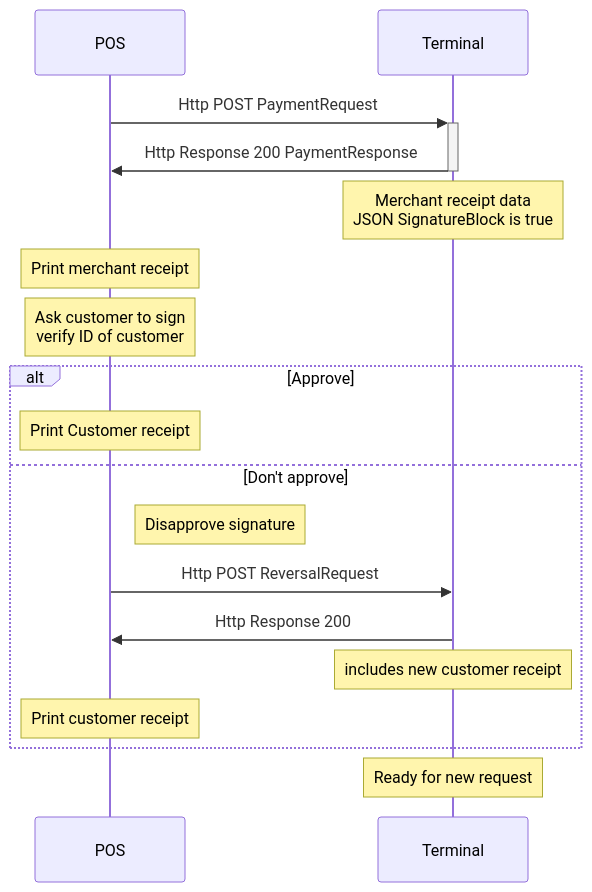
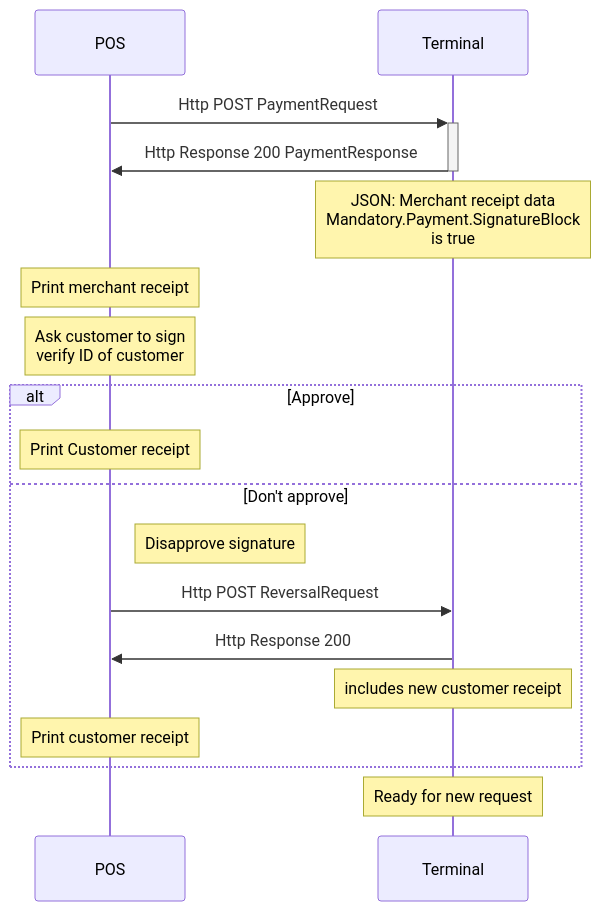
The second of 2 diagrams in pax-terminal/Nexo-Retailer/Quick-guide/payment-response.md (SwedbankPay/developer.swedbankpay.com), drawn with Mermaid before and after one commit. The commit also changed 17 other files, not shown here.

````diff
--- a/pax-terminal/Nexo-Retailer/Quick-guide/payment-response.md
+++ b/pax-terminal/Nexo-Retailer/Quick-guide/payment-response.md
@@ -61,18 +61,18 @@
 ```mermaid
 sequenceDiagram
 POS->>+Terminal: Http POST PaymentRequest
 Terminal->>-POS: Http Response 200 PaymentResponse
-Note over Terminal: Merchant receipt data<br>JSON SignatureBlock is true
+Note over Terminal: JSON: Merchant receipt data<br>Mandatory.Payment.SignatureBlock<br>is true
     Note over POS: Print merchant receipt
     Note over POS: Ask customer to sign<br>verify ID of customer
 alt Approve
     Note over POS: Print Customer receipt
 else Don't approve
     Note right of POS: Disapprove signature
     POS->>Terminal: Http POST ReversalRequest
     Terminal->>POS: Http Response 200 
     Note over Terminal: includes new customer receipt
     Note over POS: Print customer receipt
 end 
 Note over Terminal: Ready for new request
 ```
````
